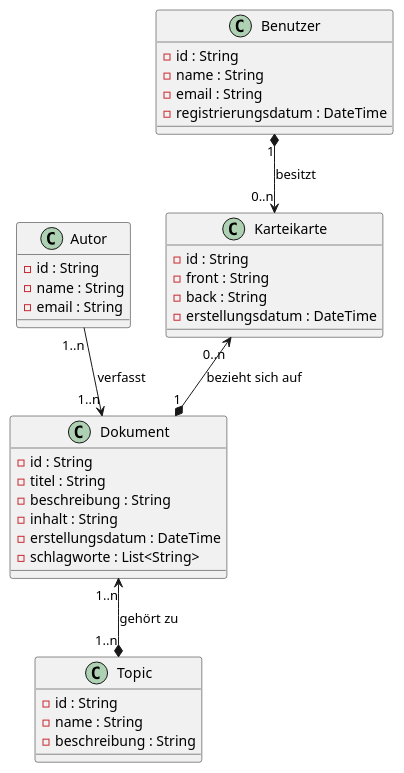
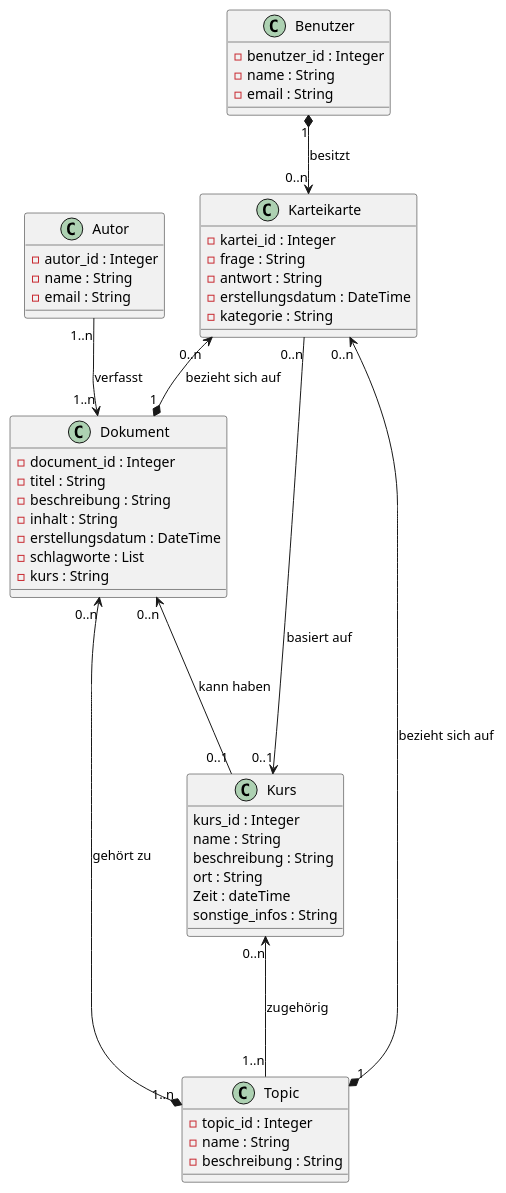
Before and after one commit to Silivanili/LearnDB: the diagram in Klassendiagramm.puml, drawn with PlantUML. The commit also changed 2 other files, not shown here.

Commit message:
README und Klassendiagramm überarbeitet.

```diff
--- a/Klassendiagramm.puml
+++ b/Klassendiagramm.puml
@@ -1,44 +1,58 @@
 @startuml
 
 class Dokument {
-  - id : String
+  - document_id : Integer
   - titel : String
   - beschreibung : String
   - inhalt : String
   - erstellungsdatum : DateTime
-  - schlagworte : List<String>
+  - schlagworte : List
+  - kurs : String
 }
 
 class Autor {
-  - id : String
+  - autor_id : Integer
   - name : String
   - email : String
 }
 
 class Karteikarte {
-  - id : String
-  - front : String
-  - back : String
+  - kartei_id : Integer
+  - frage : String
+  - antwort : String
   - erstellungsdatum : DateTime
+  - kategorie : String
 }
 
 class Benutzer {
-  - id : String
+  - benutzer_id : Integer
   - name : String
   - email : String
-  - registrierungsdatum : DateTime
+}
+
+class Kurs {
+  kurs_id : Integer
+  name : String
+  beschreibung : String
+  ort : String
+  Zeit : dateTime
+  sonstige_infos : String
 }
 
 class Topic {
-  - id : String
+  - topic_id : Integer
   - name : String
   - beschreibung : String
 }
 
 
-Autor "1..n" --> "1..n" Dokument : "verfasst"
-Dokument "1..n" <--* "1..n" Topic : "gehört zu"
-Karteikarte "0..n" <--* "1" Dokument : "bezieht sich auf"
-Benutzer "1" *--> "0..n" Karteikarte : "besitzt"
+Autor "1..n" --> "1..n" Dokument : verfasst
+Dokument "0..n" <--* "1..n" Topic : gehört zu
+Karteikarte "0..n" <--* "1" Dokument : bezieht sich auf
+Karteikarte "0..n" <--* "1" Topic : bezieht sich auf
+Benutzer "1" *--> "0..n" Karteikarte : besitzt
+Dokument "0..n" <--- "0..1" Kurs : kann haben
+Kurs "0..n" <--- "1..n" Topic : zugehörig
+Karteikarte "0..n" ---> "0..1" Kurs : basiert auf
 
 @enduml
```
